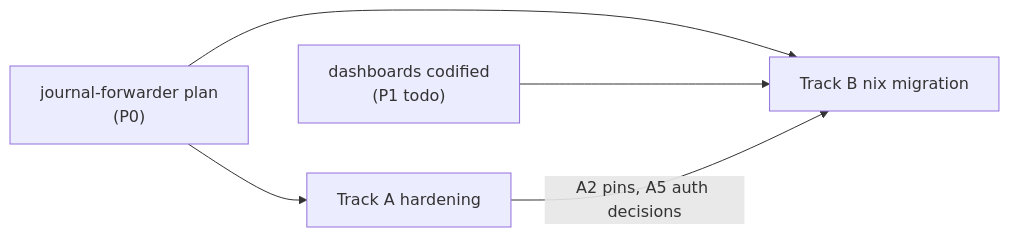
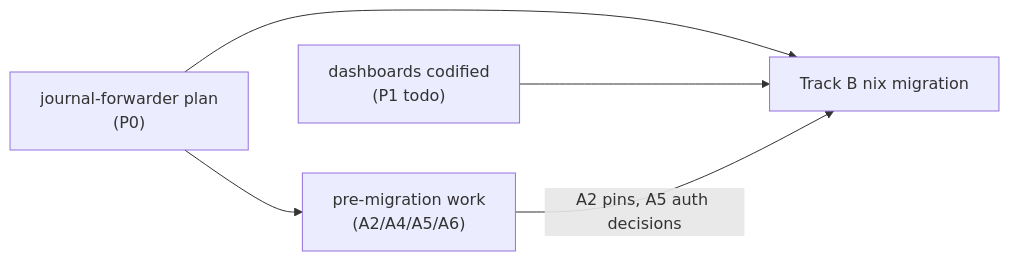
Before and after one commit to shedrachokonofua/aether: the diagram in docs/exploration/monitoring-stack-nix.md, drawn with Mermaid. The commit also changed other lines of this file and 1 other file, not shown here.

First line of the commit message:
docs(monitoring-stack-nix): filter hardening by migration survivability

````diff
--- a/docs/exploration/monitoring-stack-nix.md
+++ b/docs/exploration/monitoring-stack-nix.md
@@ -209,7 +215,7 @@
 ```mermaid
 flowchart LR
-    F["journal-forwarder plan<br/>(P0)"] --> A["Track A hardening"]
+    F["journal-forwarder plan<br/>(P0)"] --> A["pre-migration work<br/>(A2/A4/A5/A6)"]
     F --> B
     D["dashboards codified<br/>(P1 todo)"] --> B["Track B nix migration"]
     A -->|"A2 pins, A5 auth decisions"| B
 ```
````
